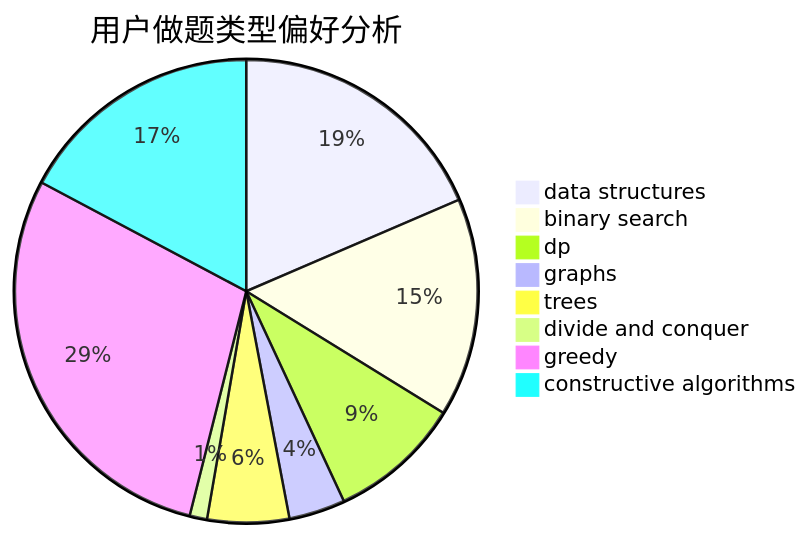
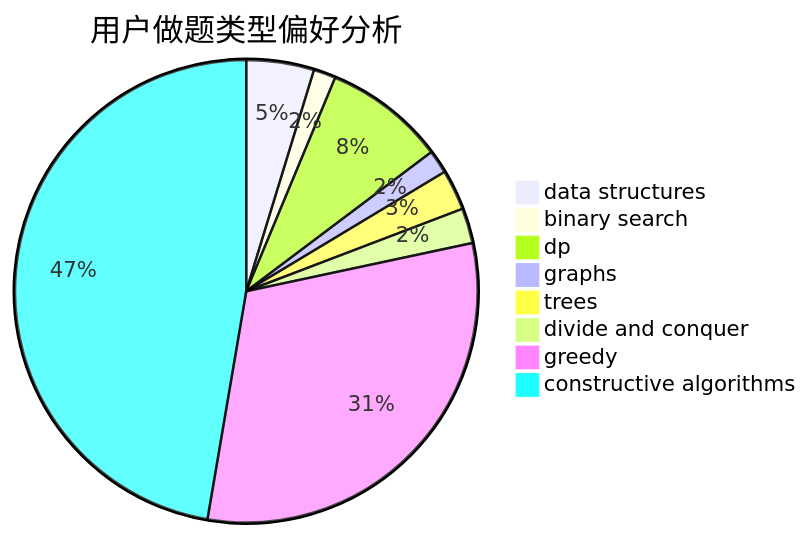
One commit to sherpahu/cfrs.github.io changed the second of 3 diagrams in docs/user/u2451.md. Above: the diagram before and after it, drawn with Mermaid. The commit also changed other lines of this file and 2770 other files, not shown here.

````diff
--- a/docs/user/u2451.md
+++ b/docs/user/u2451.md
@@ -23,11 +23,11 @@
 ```mermaid
 pie title 用户做题类型偏好分析
-    "data structures" :  198
-    "binary search" :  163
-    "dp" :  99
-    "graphs" :  42
-    "trees" :  61
-    "divide and conquer" :  13
-    "greedy" :  308
-    "constructive algorithms" :  184
+    "data structures" :  52
+    "binary search" :  17
+    "dp" :  93
+    "graphs" :  18
+    "trees" :  31
+    "divide and conquer" :  27
+    "greedy" :  341
+    "constructive algorithms" :  520
 ```
````
